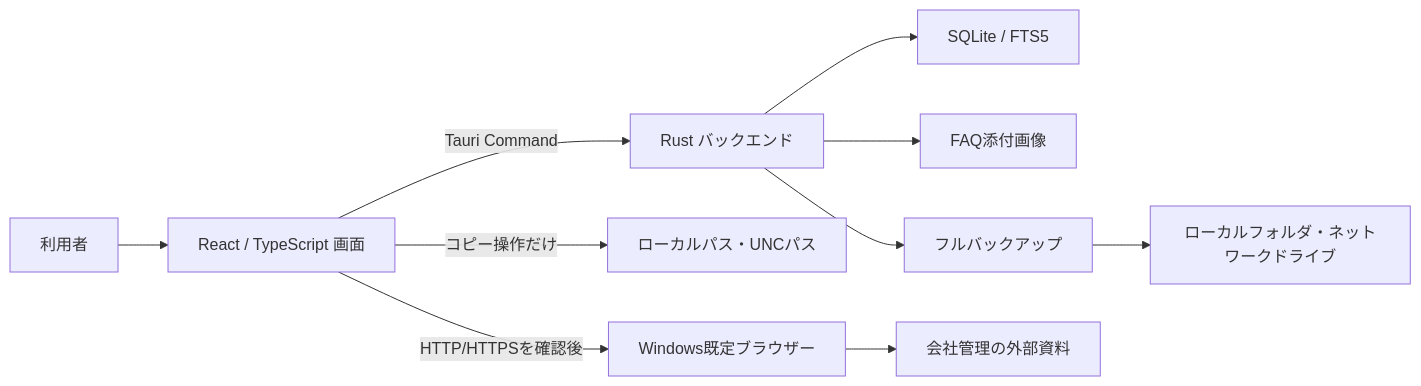
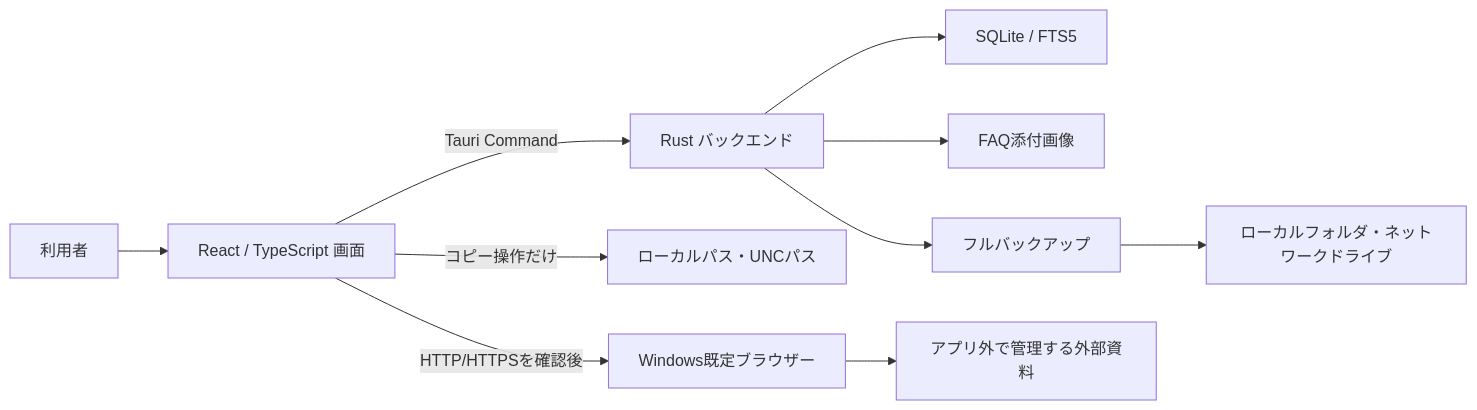
One commit to yknk1015/local-knowledge-app changed the first of 9 diagrams in FAQシステム基本設計書.md. Above: the diagram before and after it, drawn with Mermaid. The commit also changed other lines of this file and 191 other files, not shown here.

````diff
--- a/FAQシステム基本設計書.md
+++ b/FAQシステム基本設計書.md
@@ -168,12 +255,12 @@
 ```mermaid
 flowchart LR
     U["利用者"] --> UI["React / TypeScript 画面"]
     UI -->|"Tauri Command"| BE["Rust バックエンド"]
     BE --> DB["SQLite / FTS5"]
     BE --> ATT["FAQ添付画像"]
     BE --> BK["フルバックアップ"]
     BK --> DEST["ローカルフォルダ・ネットワークドライブ"]
     UI -->|"コピー操作だけ"| CLIPBOARD["ローカルパス・UNCパス"]
     UI -->|"HTTP/HTTPSを確認後"| BROWSER["Windows既定ブラウザー"]
-    BROWSER --> EXT["会社管理の外部資料"]
+    BROWSER --> EXT["アプリ外で管理する外部資料"]
 ```
````
